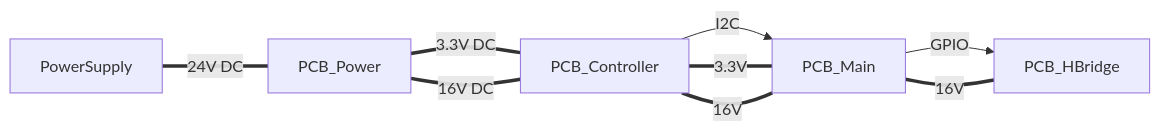
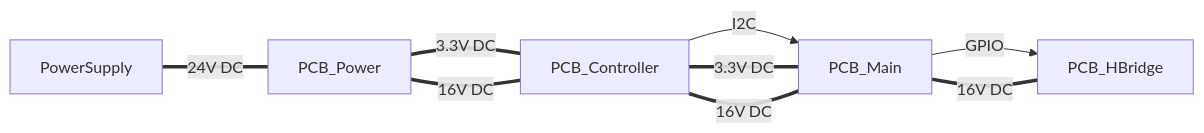
One commit to fanningert/kicad_model_train_control changed the diagram in README.md. Above: the diagram before and after it, drawn with Mermaid. The commit also changed other lines of this file, not shown here.

````diff
--- a/README.md
+++ b/README.md
@@ -5,12 +5,12 @@
 ```mermaid
 flowchart LR
     Z[PowerSupply] ===|24V DC| A
     A[PCB_Power] ===|3.3V DC| B
     A === |16V DC| B
     B[PCB_Controller] -->|I2C| C
-    B ===|3.3V| C
-    B ===|16V| C
+    B ===|3.3V DC| C
+    B ===|16V DC| C
     C[PCB_Main] -->|GPIO| D
-    C ===|16V| D
+    C ===|16V DC| D
     D[PCB_HBridge]
 ```
````
